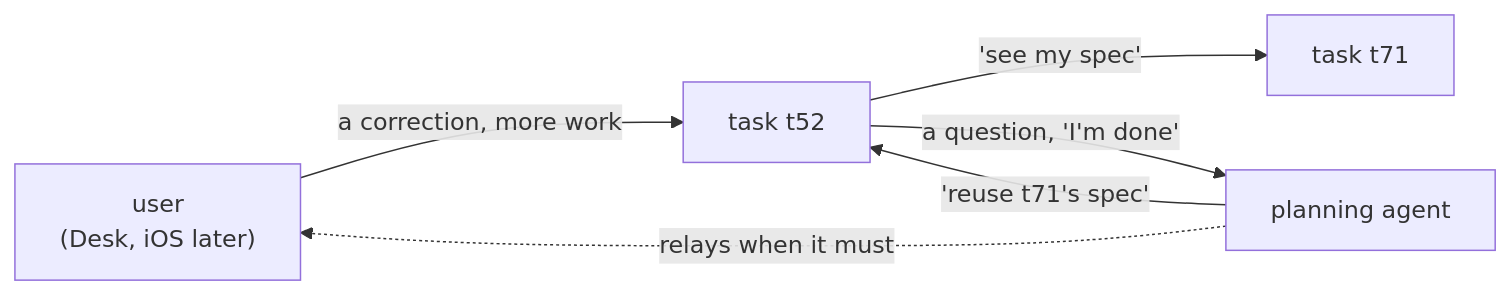
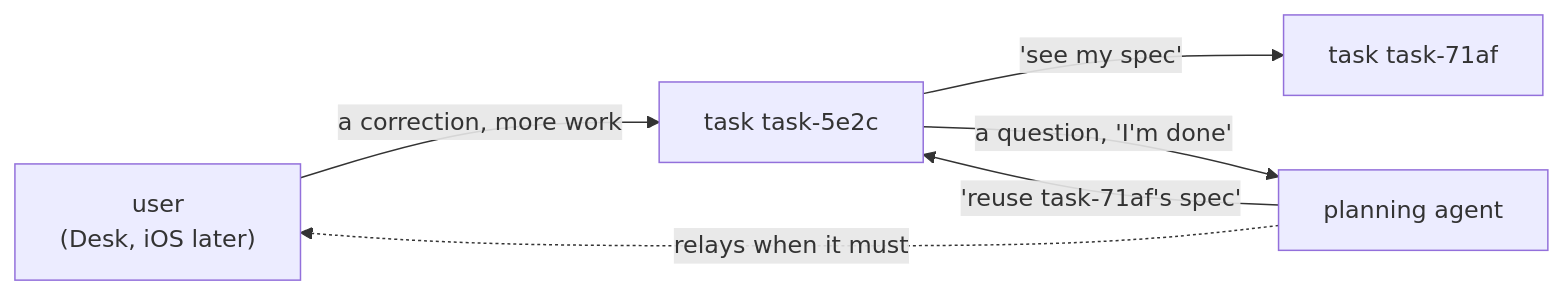
The first of 4 diagrams in docs/research/agent-messaging.md (tampopogk/kanna), drawn with Mermaid before and after one commit. The commit also changed other lines of this file, not shown here.

Commit message:
docs/research/agent-messaging.md: task IDs in main's hex form, kanna send's Return is built (docs/specs/kanna-send.md)

````diff
--- a/docs/research/agent-messaging.md
+++ b/docs/research/agent-messaging.md
@@ -19,8 +19,8 @@
 ```mermaid
 flowchart LR
-    U["user<br/>(Desk, iOS later)"] -->|"a correction, more work"| T["task t52"]
-    P["planning agent"] -->|"'reuse t71's spec'"| T
-    T -->|"'see my spec'"| T2["task t71"]
+    U["user<br/>(Desk, iOS later)"] -->|"a correction, more work"| T["task task-5e2c"]
+    P["planning agent"] -->|"'reuse task-71af's spec'"| T
+    T -->|"'see my spec'"| T2["task task-71af"]
     T -->|"a question, 'I'm done'"| P
     P -.->|"relays when it must"| U
 ```
````
